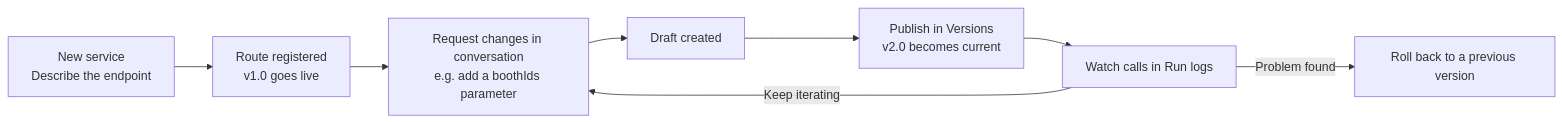
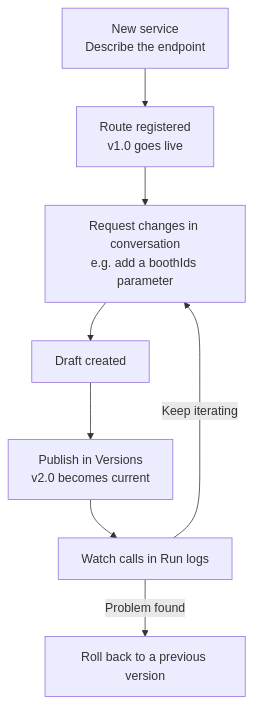
The diagram in docs/en/services/overview.md (olojiang/spatial-smart-docs), drawn with Mermaid before and after one commit. The commit also changed 9 other files, not shown here.

Commit message:
图表重设计：随主题配色、文字不裁切、标签胶囊、更大箭头；简化交叉连线

````diff
--- a/docs/en/services/overview.md
+++ b/docs/en/services/overview.md
@@ -9,10 +9,10 @@
 ```mermaid
-flowchart LR
+flowchart TB
   N[New service<br/>Describe the endpoint] --> R[Route registered<br/>v1.0 goes live]
   R --> C[Request changes in conversation<br/>e.g. add a boothIds parameter]
   C --> D[Draft created]
   D --> P[Publish in Versions<br/>v2.0 becomes current]
   P --> L[Watch calls in Run logs]
   L -->|Problem found| B[Roll back to a previous version]
   L -->|Keep iterating| C
 ```
````
